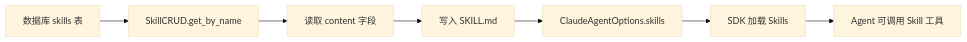
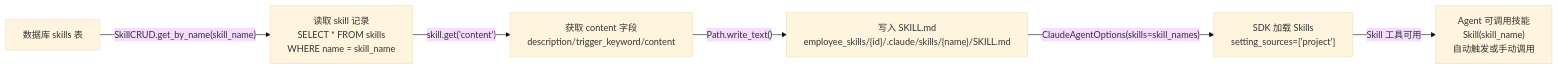
The eighth of 8 diagrams in agent/code_flow_analysis_feishu_agent_deep.md (xiaocaipi/mm-doc), drawn with Mermaid (base theme) before and after one commit. The commit also changed other lines of this file, not shown here.

````diff
--- a/agent/code_flow_analysis_feishu_agent_deep.md
+++ b/agent/code_flow_analysis_feishu_agent_deep.md
@@ -662,9 +665,8 @@
 ```mermaid
 flowchart LR
-    A[数据库 skills 表] --> B[SkillCRUD.get_by_name]
-    B --> C[读取 content 字段]
-    C --> D[写入 SKILL.md]
-    D --> E[ClaudeAgentOptions.skills]
-    E --> F[SDK 加载 Skills]
-    F --> G[Agent 可调用 Skill 工具]
+    A["数据库 skills 表"] -->|"SkillCRUD.get_by_name(skill_name)"| B["读取 skill 记录<br/>SELECT * FROM skills<br/>WHERE name = skill_name"]
+    B -->|"skill.get('content')"| C["获取 content 字段<br/>description/trigger_keyword/content"]
+    C -->|"Path.write_text()"| D["写入 SKILL.md<br/>employee_skills/{id}/.claude/skills/{name}/SKILL.md"]
+    D -->|"ClaudeAgentOptions(skills=skill_names)"| E["SDK 加载 Skills<br/>setting_sources=['project']"]
+    E -->|"Skill 工具可用"| F["Agent 可调用技能<br/>Skill(skill_name)<br/>自动触发或手动调用"]
 ```
````
